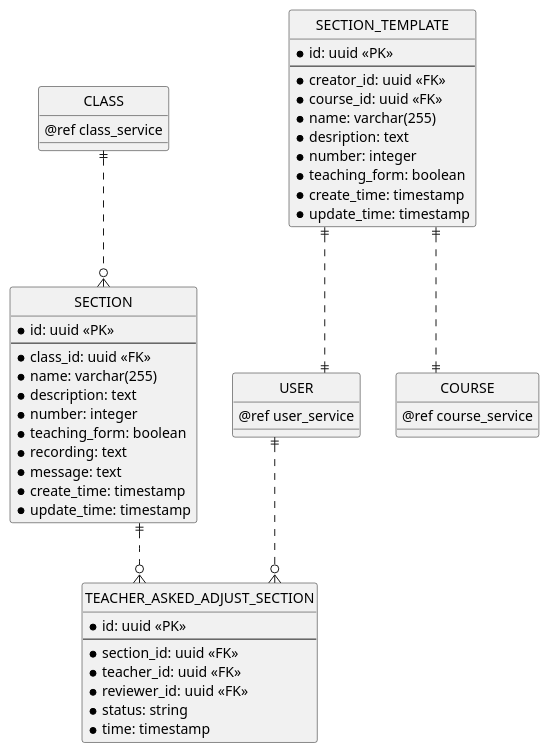
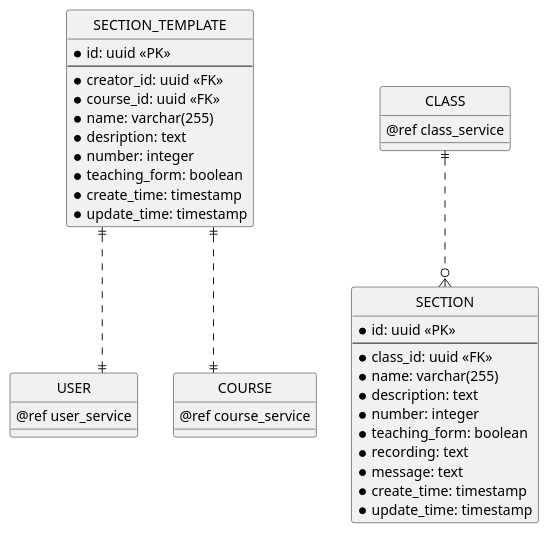
The seventh of 12 diagrams in erd.md (chungnguyenbkcse/ERD-USECASE-KIDSDRAWING), drawn with PlantUML before and after one commit. The commit also changed 1 other file, not shown here.

Commit message:
edit remove table teacher asked adjust section

````diff
--- a/erd.md
+++ b/erd.md
@@ -396,66 +396,54 @@
 ```plantuml
 @startuml section_service
 ' hide the spot
 hide circle
 
 ' avoid problems with angled crows feet
 skinparam linetype ortho
 
 entity "USER" as user {
     @ref user_service
 }
 
 entity "COURSE" as course {
     @ref course_service
 }
 
 entity "SECTION" as section {
     * id: uuid <<PK>>
     --
     * class_id: uuid <<FK>>
     * name: varchar(255)
     * description: text
     * number: integer
     * teaching_form: boolean
     * recording: text
     * message: text
     * create_time: timestamp
     * update_time: timestamp
 }
 
 entity "SECTION_TEMPLATE" as section_template {
     * id: uuid <<PK>>
     --
     * creator_id: uuid <<FK>>
     * course_id: uuid <<FK>>
     * name: varchar(255)
     * desription: text
     * number: integer
     * teaching_form: boolean
     * create_time: timestamp
     * update_time: timestamp
 }
 
-entity "TEACHER_ASKED_ADJUST_SECTION" as teacher_asked_adjust_section {
-    * id: uuid <<PK>>
-    --
-    * section_id: uuid <<FK>>
-    * teacher_id: uuid <<FK>>
-    * reviewer_id: uuid <<FK>>
-    * status: string
-    * time: timestamp
-}
-
 
 entity "CLASS" as class {
     @ref class_service
 }
 
 ' Section Relationship
 class ||..o{ section
 section_template ||..|| user
-user ||..o{ teacher_asked_adjust_section
-section ||..o{ teacher_asked_adjust_section
 section_template ||..|| course
 @enduml
 ```
````
